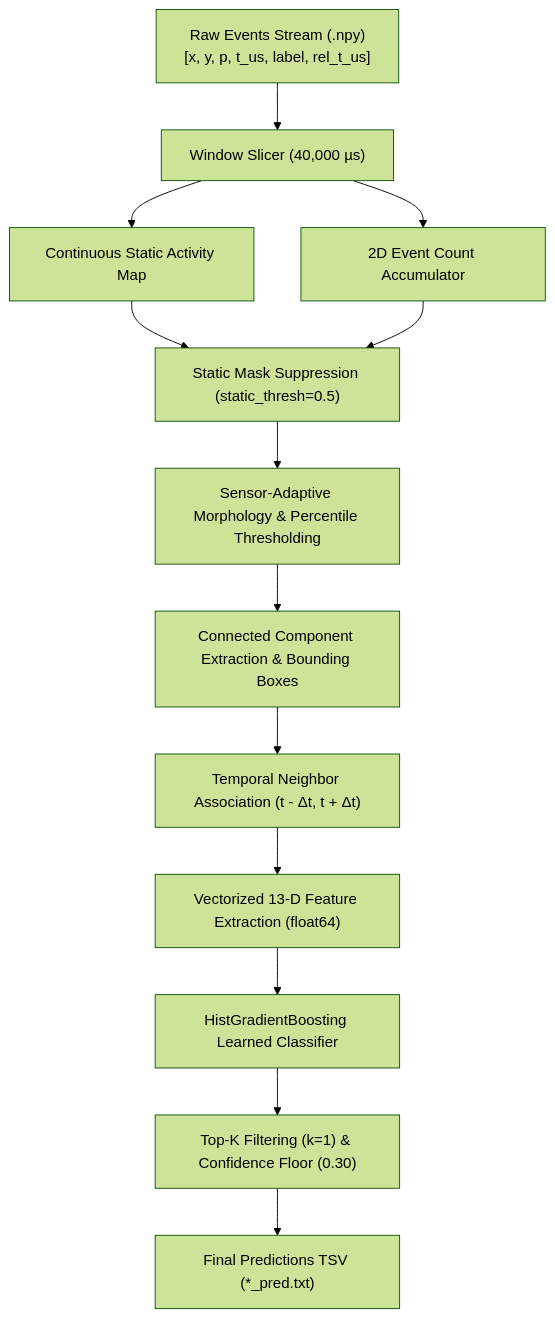
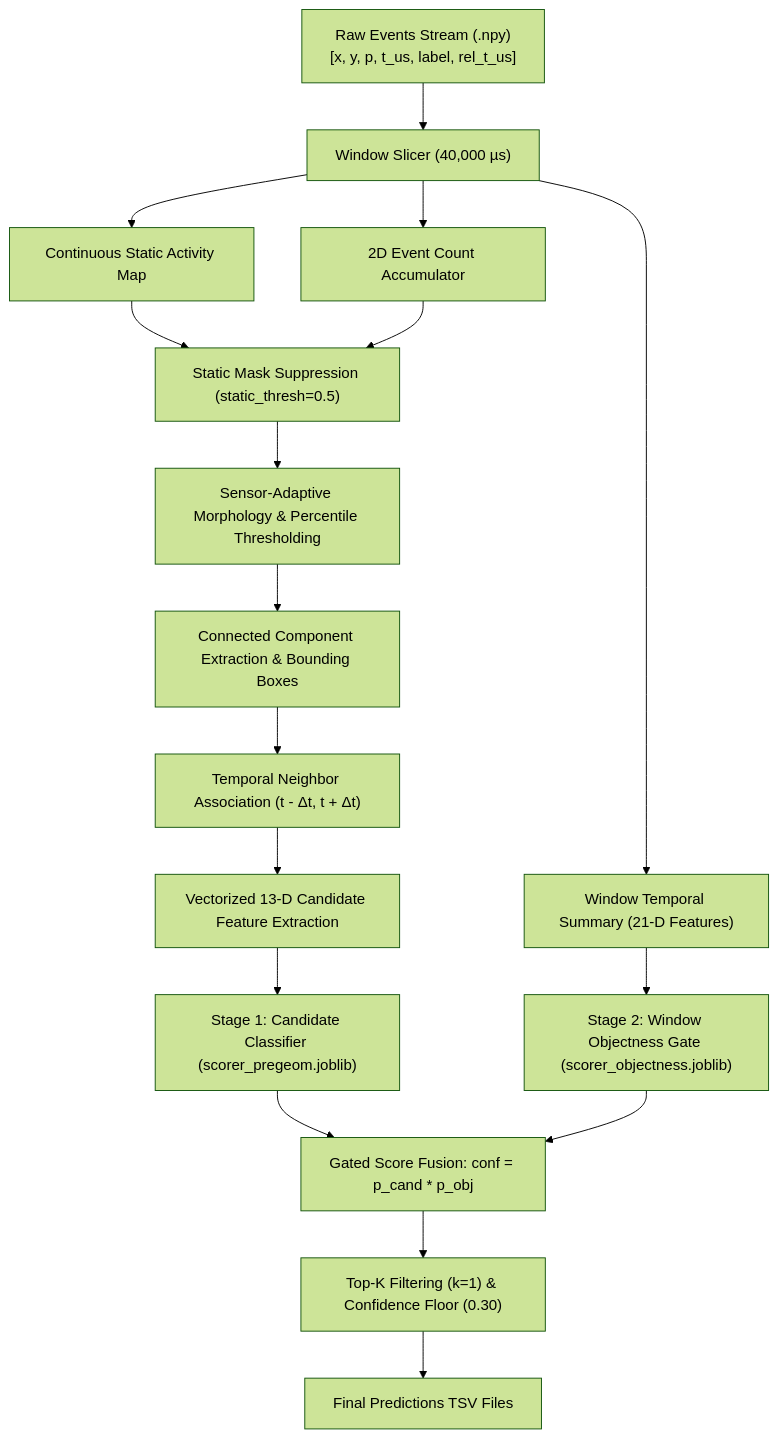
One commit to swarajladke/OrbitSight changed the diagram in README.md. Above: the diagram before and after it, drawn with Mermaid (forest theme). The commit also changed other lines of this file, not shown here.

Commit message:
docs: overhaul README with honest streaming throughput, causal ablation, and system architecture

````diff
--- a/README.md
+++ b/README.md
@@ -156,15 +164,19 @@
 ```mermaid
 flowchart TD
     A["Raw Events Stream (.npy)<br/>[x, y, p, t_us, label, rel_t_us]"] --> B["Window Slicer (40,000 µs)"]
     B --> C["Continuous Static Activity Map"]
     C --> D["Static Mask Suppression (static_thresh=0.5)"]
     B --> E["2D Event Count Accumulator"]
     E --> D
     D --> F["Sensor-Adaptive Morphology & Percentile Thresholding"]
     F --> G["Connected Component Extraction & Bounding Boxes"]
     G --> H["Temporal Neighbor Association (t - Δt, t + Δt)"]
-    H --> I["Vectorized 13-D Feature Extraction (float64)"]
-    I --> J["HistGradientBoosting Learned Classifier"]
-    J --> K["Top-K Filtering (k=1) & Confidence Floor (0.30)"]
-    K --> L["Final Predictions TSV (*_pred.txt)"]
+    H --> I["Vectorized 13-D Candidate Feature Extraction"]
+    I --> J["Stage 1: Candidate Classifier (scorer_pregeom.joblib)"]
+    B --> W["Window Temporal Summary (21-D Features)"]
+    W --> OG["Stage 2: Window Objectness Gate (scorer_objectness.joblib)"]
+    J --> GATE["Gated Score Fusion: conf = p_cand * p_obj"]
+    OG --> GATE
+    GATE --> K["Top-K Filtering (k=1) & Confidence Floor (0.30)"]
+    K --> L["Final Predictions TSV Files"]
 ```
````
